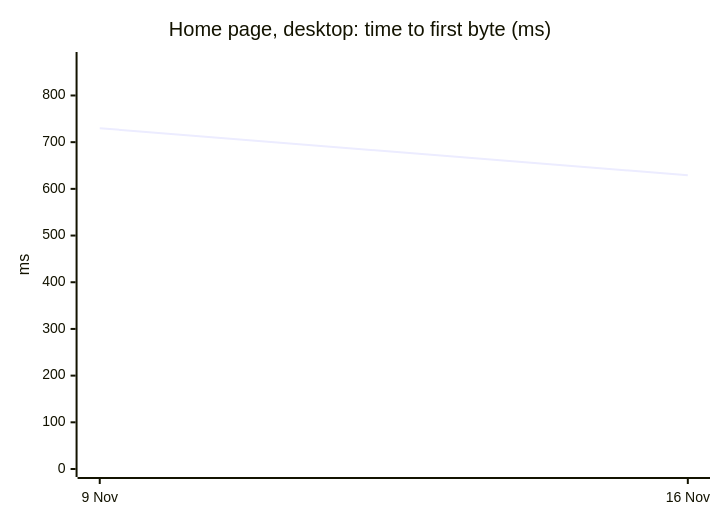
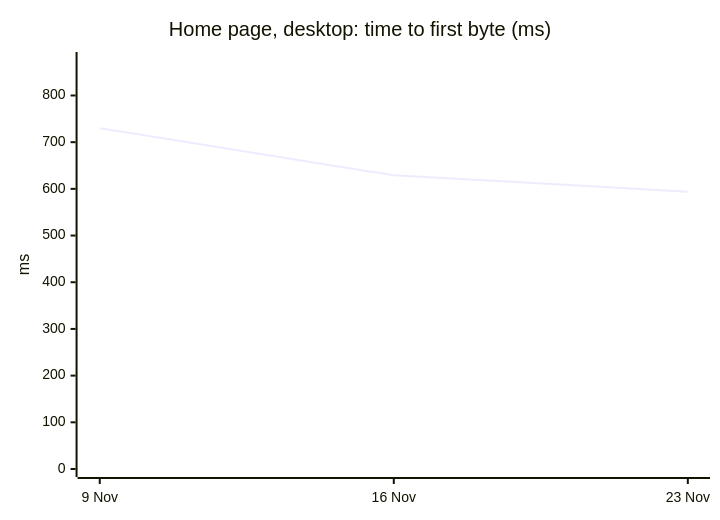
One commit to chiragdev1/ckauth changed the first of 5 diagrams in README.md. Above: the diagram before and after it, drawn with Mermaid. The commit also changed other lines of this file and 1 other file, not shown here.

````diff
--- a/README.md
+++ b/README.md
@@ -39,7 +39,7 @@
 ```mermaid
 xychart-beta
   title "Home page, desktop: time to first byte (ms)"
-  x-axis ["9 Nov", "16 Nov"]
+  x-axis ["9 Nov", "16 Nov", "23 Nov"]
   y-axis "ms" 0 --> 876
-  line [730, 629]
+  line [730, 629, 594]
 ```
````
